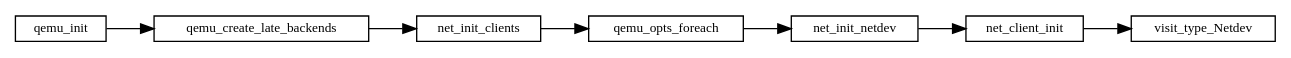
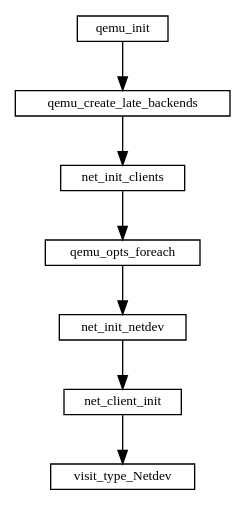
One commit to sisyphus1212/note changed the diagram in qemu/qemu vhost_user的初始化逻辑.md. Above: the diagram before and after it, drawn with Graphviz.

Commit message:
auto_update

````diff
--- a/qemu/qemu vhost_user的初始化逻辑.md
+++ b/qemu/qemu vhost_user的初始化逻辑.md
@@ -13,16 +13,16 @@
 ```graphviz
 digraph {
 fontname="Helvetica,Arial,sans-serif"
 //node [fontname="Helvetica,Arial,sans-serif"]
 //edge [fontname="Helvetica,Arial,sans-serif"]
-rankdir="LR"
+//rankdir="LR"
 node [fontsize=10, shape=record, height=0.25]
 edge [fontsize=10]
 qemu_init -> qemu_create_late_backends
           -> net_init_clients
           -> qemu_opts_foreach
           -> net_init_netdev
           -> net_client_init
           -> visit_type_Netdev
 }
 ```
````
